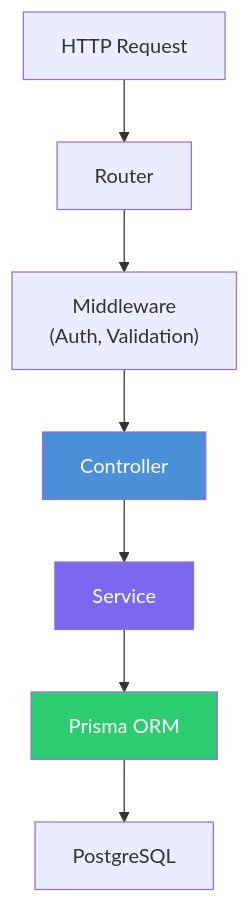
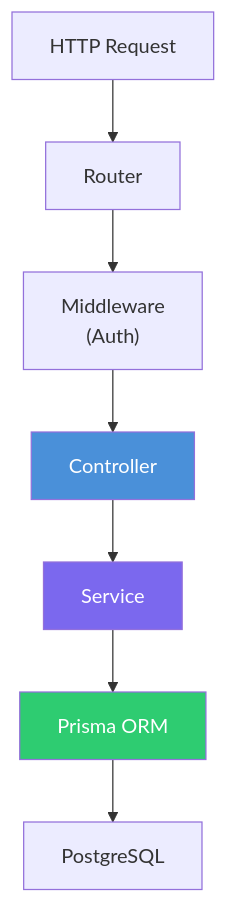
The third of 7 diagrams in docs/System_Architecture.md (blueToothFairy/SkillBridge), drawn with Mermaid before and after one commit. The commit also changed other lines of this file and 25 other files, not shown here.

````diff
--- a/docs/System_Architecture.md
+++ b/docs/System_Architecture.md
@@ -182,13 +182,13 @@
 ```mermaid
 graph TB
     Request["HTTP Request"] --> Router["Router"]
-    Router --> Middleware["Middleware<br>(Auth, Validation)"]
+    Router --> Middleware["Middleware<br>(Auth)"]
     Middleware --> Controller["Controller"]
     Controller --> Service["Service"]
     Service --> DAL["Prisma ORM"]
     DAL --> DB["PostgreSQL"]
 
     style Controller fill:#4A90D9,color:#fff
     style Service fill:#7B68EE,color:#fff
     style DAL fill:#2ECC71,color:#fff
 ```
````
